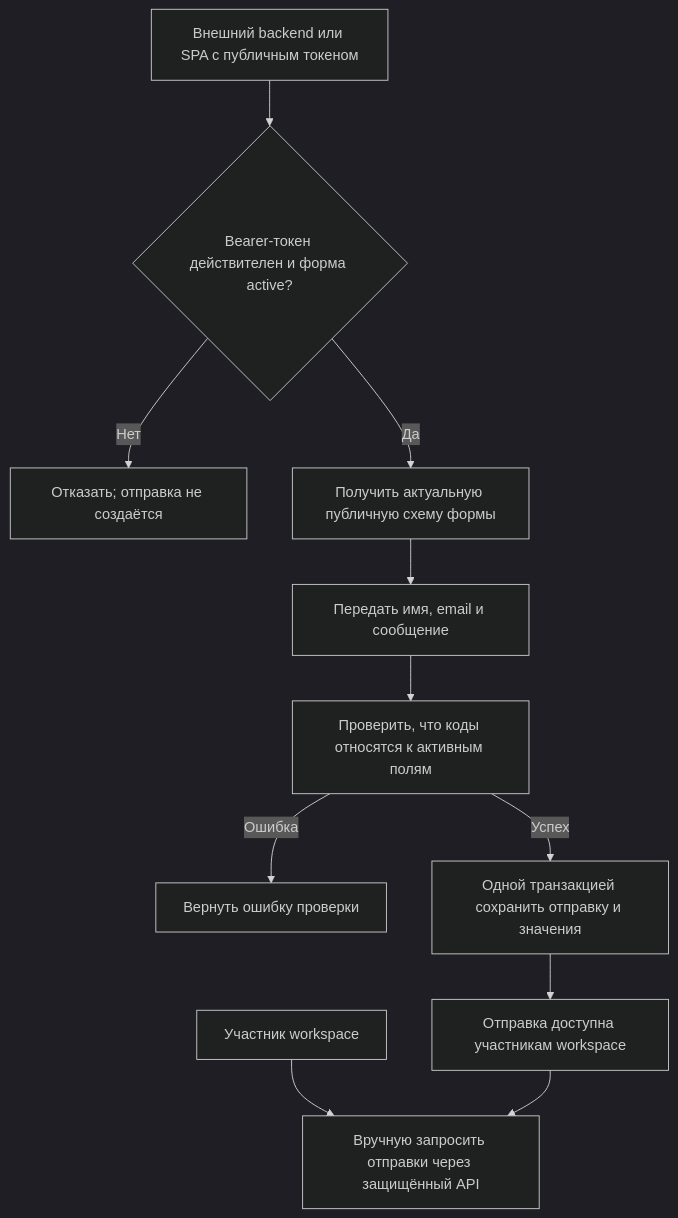
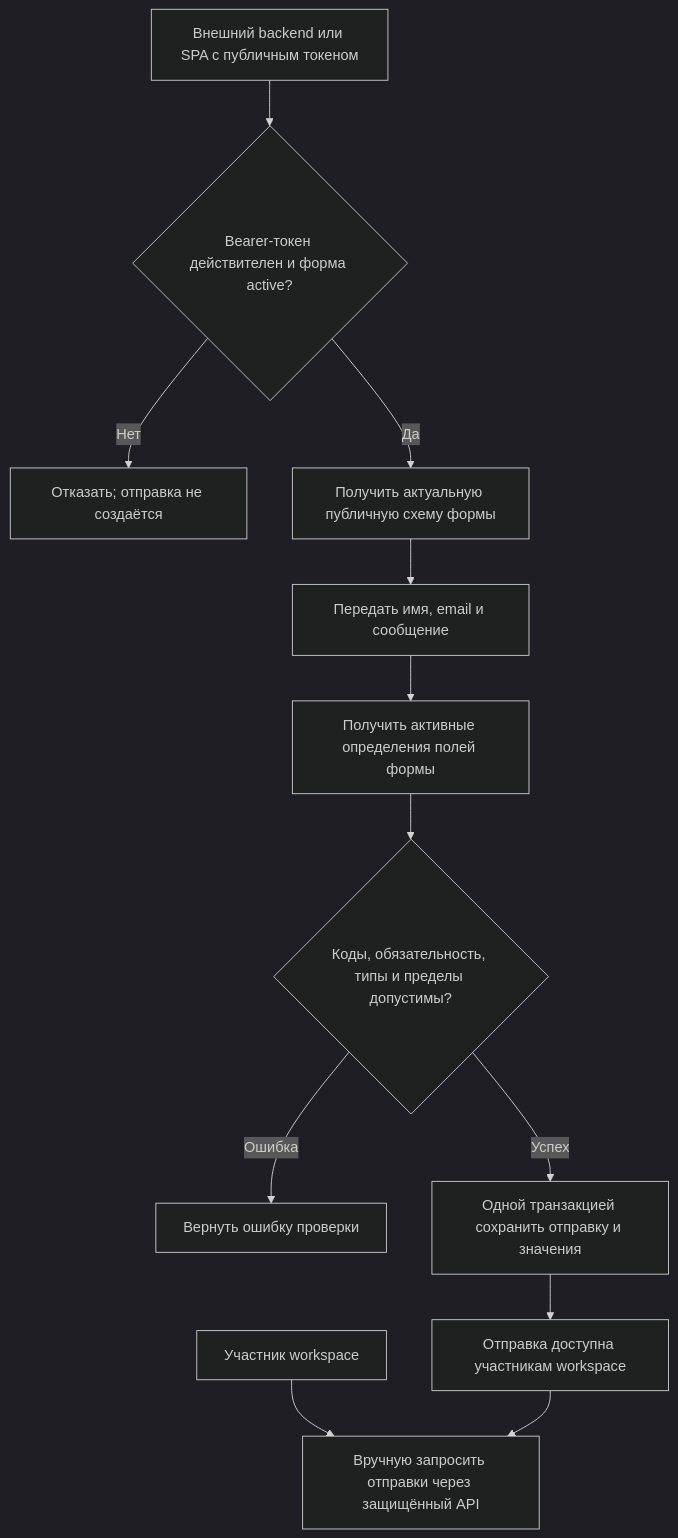
One commit to sholokhov-daniil/formflow-api changed the third of 3 diagrams in docs/business-logic/submissions.md. Above: the diagram before and after it, drawn with Mermaid (dark theme). The commit also changed other lines of this file and 8 other files, not shown here.

Commit message:
work(validation): Добавление валидатора ответов по полям формы

````diff
--- a/docs/business-logic/submissions.md
+++ b/docs/business-logic/submissions.md
@@ -34,13 +34,14 @@
 ```mermaid
 flowchart TD
     Client["Внешний backend или SPA с публичным токеном"] --> Token{"Bearer-токен действителен и форма active?"}
     Token -->|Нет| Denied["Отказать; отправка не создаётся"]
     Token -->|Да| Schema["Получить актуальную публичную схему формы"]
     Schema --> Submit["Передать имя, email и сообщение"]
-    Submit --> Validate["Проверить, что коды относятся к активным полям"]
+    Submit --> Resolve["Получить активные определения полей формы"]
+    Resolve --> Validate{"Коды, обязательность, типы и пределы допустимы?"}
     Validate -->|Ошибка| Invalid["Вернуть ошибку проверки"]
     Validate -->|Успех| Save["Одной транзакцией сохранить отправку и значения"]
     Save --> Stored["Отправка доступна участникам workspace"]
     Operator["Участник workspace"] --> Read["Вручную запросить отправки через защищённый API"]
     Stored --> Read
 ```
````
